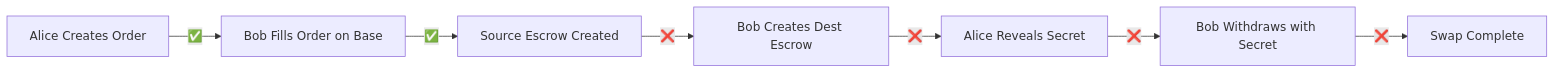
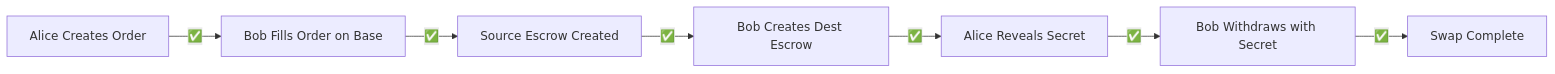
Before and after one commit to devdotbo/bmn-evm-resolver: the diagram in ATOMIC_SWAP_STATUS.md, drawn with Mermaid. The commit also changed other lines of this file, not shown here.

First line of the commit message:
docs: update atomic swap status to reflect completed implementation

````diff
--- a/ATOMIC_SWAP_STATUS.md
+++ b/ATOMIC_SWAP_STATUS.md
@@ -45,9 +45,9 @@
 ```mermaid
 graph LR
     A[Alice Creates Order] -->|✅| B[Bob Fills Order on Base]
     B -->|✅| C[Source Escrow Created]
-    C -->|❌| D[Bob Creates Dest Escrow]
-    D -->|❌| E[Alice Reveals Secret]
-    E -->|❌| F[Bob Withdraws with Secret]
-    F -->|❌| G[Swap Complete]
+    C -->|✅| D[Bob Creates Dest Escrow]
+    D -->|✅| E[Alice Reveals Secret]
+    E -->|✅| F[Bob Withdraws with Secret]
+    F -->|✅| G[Swap Complete]
 ```
````
